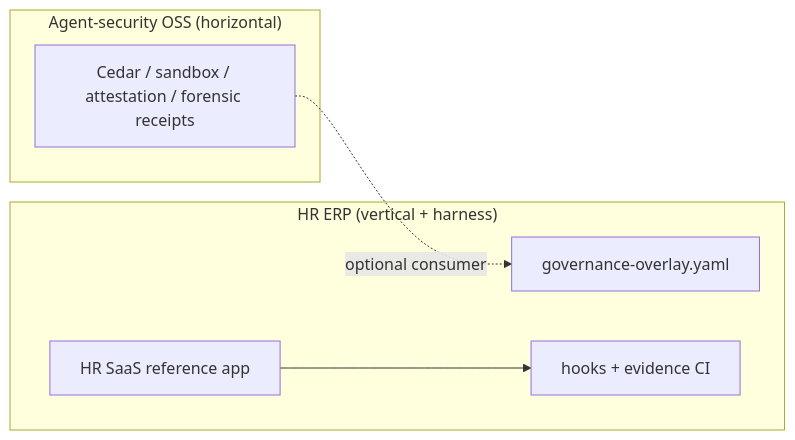
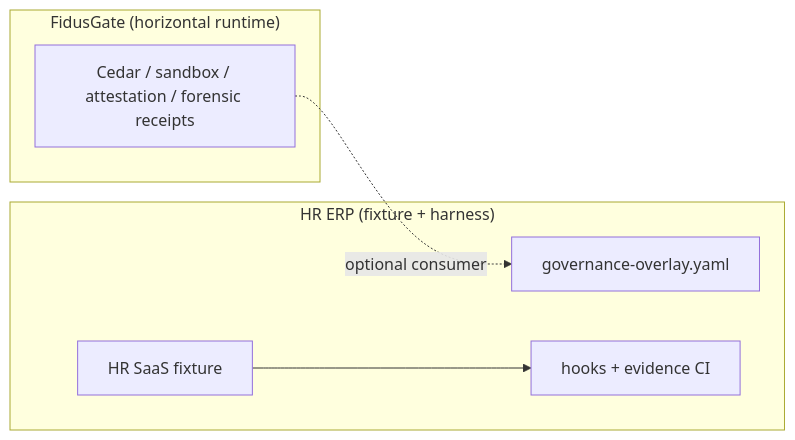
The diagram in docs/meta/evergreen-open-source-positioning.md (SafetyMP/HR-ERP), drawn with Mermaid before and after one commit. The commit also changed other lines of this file and 14 other files, not shown here.

````diff
--- a/docs/meta/evergreen-open-source-positioning.md
+++ b/docs/meta/evergreen-open-source-positioning.md
@@ -56,13 +58,13 @@
 ```mermaid
 flowchart LR
-  subgraph horizontal ["Agent-security OSS (horizontal)"]
+  subgraph horizontal ["FidusGate (horizontal runtime)"]
     Gateway[Cedar / sandbox / attestation / forensic receipts]
   end
-  subgraph vertical ["HR ERP (vertical + harness)"]
-    App[HR SaaS reference app]
+  subgraph vertical ["HR ERP (fixture + harness)"]
+    App[HR SaaS fixture]
     Overlay[governance-overlay.yaml]
     Harness[hooks + evidence CI]
   end
   Gateway -.->|optional consumer| Overlay
   App --> Harness
 ```
````
